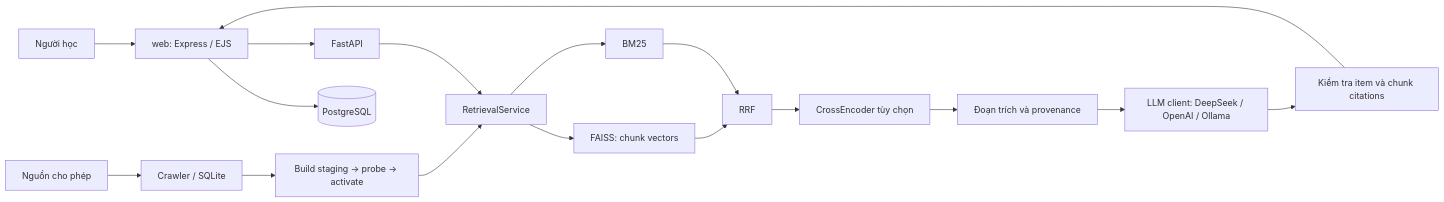
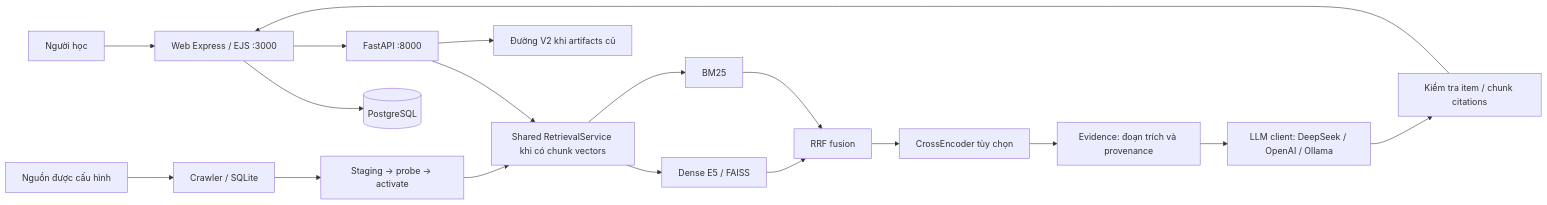
Before and after one commit to tranviettien01072005-dotcom/ITLR--RAG: the diagram in README.md, drawn with Mermaid. The commit also changed other lines of this file and 43 other files, not shown here.

````diff
--- a/README.md
+++ b/README.md
@@ -22,19 +28,20 @@
 ```mermaid
 flowchart LR
-    U[Người học] --> W[web: Express / EJS]
+    U[Người học] --> W[Web Express / EJS :3000]
     W --> P[(PostgreSQL)]
-    W --> A[FastAPI]
-    A --> R[RetrievalService]
-    R --> D[FAISS: chunk vectors]
+    W --> A[FastAPI :8000]
+    A --> R[Shared RetrievalService khi có chunk vectors]
+    R --> D[Dense E5 / FAISS]
     R --> B[BM25]
-    D --> F[RRF]
+    D --> F[RRF fusion]
     B --> F
     F --> X[CrossEncoder tùy chọn]
-    X --> E[Đoạn trích và provenance]
-    E --> G[LLM client: DeepSeek / OpenAI / Ollama]
-    G --> C[Kiểm tra item và chunk citations]
+    X --> E[Evidence: đoạn trích và provenance]
+    E --> L[LLM client: DeepSeek / OpenAI / Ollama]
+    L --> C[Kiểm tra item / chunk citations]
     C --> W
-    S[Nguồn cho phép] --> I[Crawler / SQLite]
-    I --> V[Build staging → probe → activate]
+    S[Nguồn được cấu hình] --> I[Crawler / SQLite]
+    I --> V[Staging → probe → activate]
     V --> R
+    A --> O[Đường V2 khi artifacts cũ]
 ```
````
